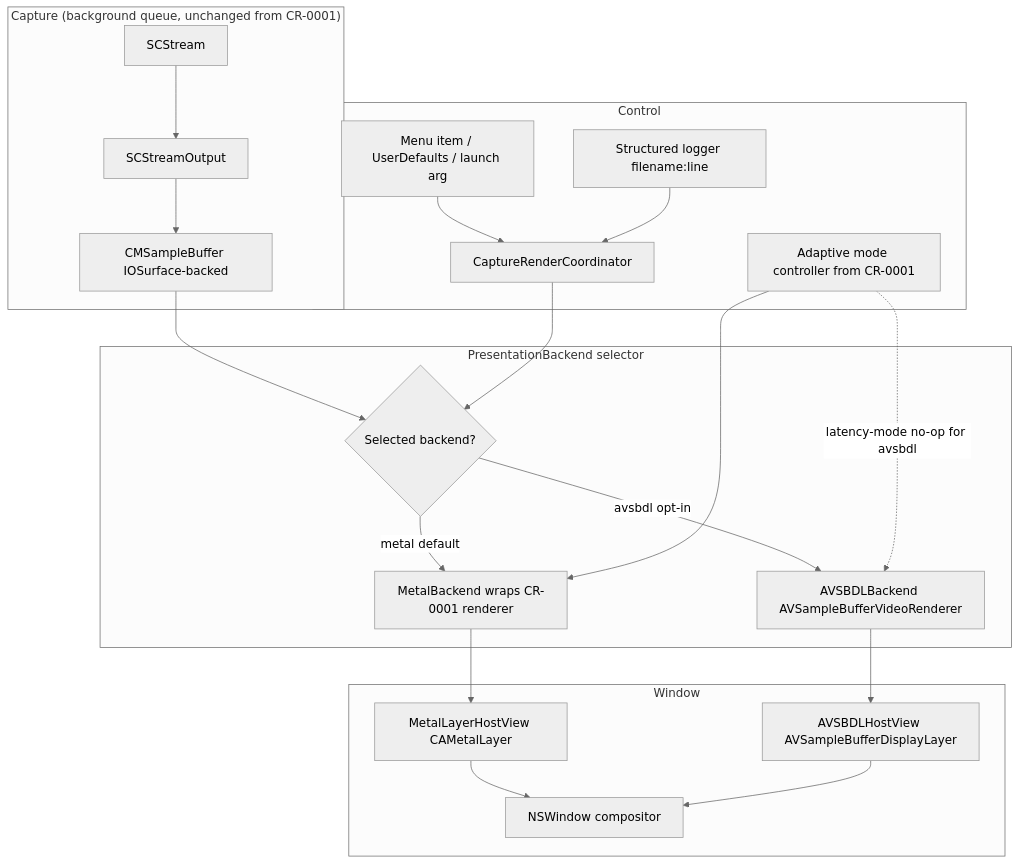
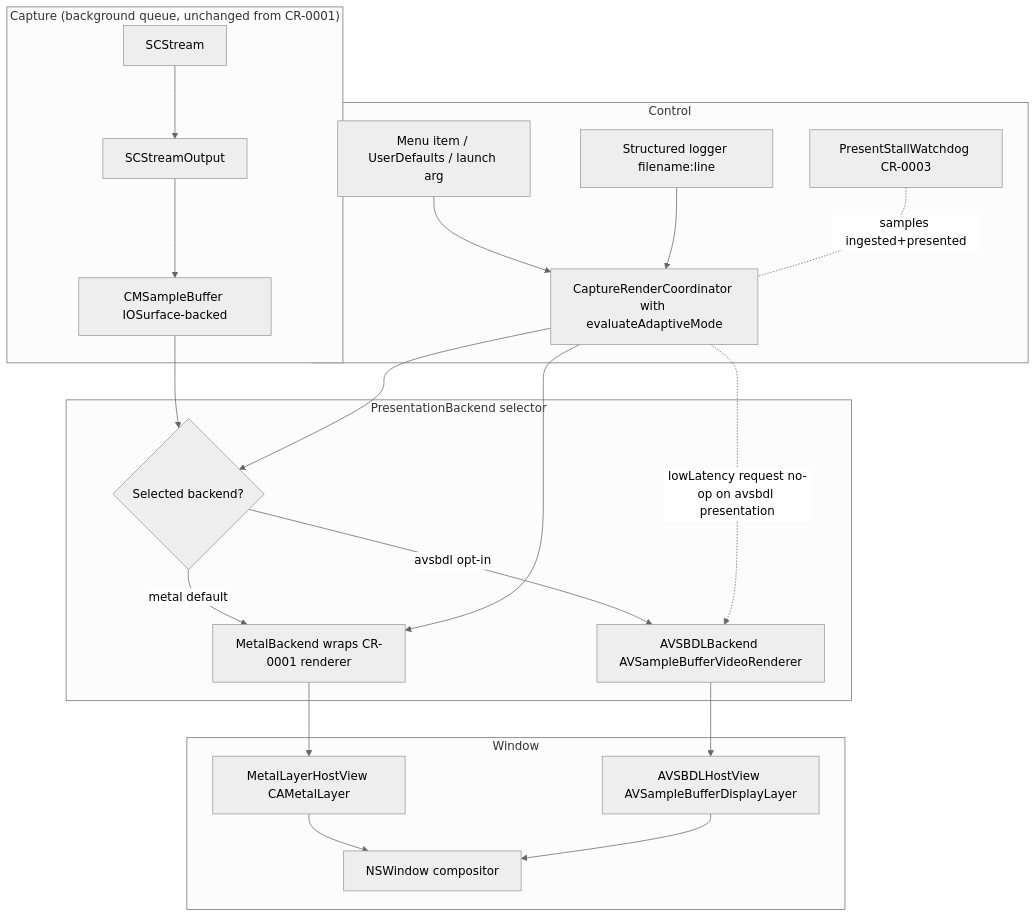
One commit to desek/DeskPad changed the second of 3 diagrams in docs/cr/CR-0002-avsamplebufferdisplaylayer-backend.md. Above: the diagram before and after it, drawn with Mermaid (neutral theme). The commit also changed other lines of this file, not shown here.

````diff
--- a/docs/cr/CR-0002-avsamplebufferdisplaylayer-backend.md
+++ b/docs/cr/CR-0002-avsamplebufferdisplaylayer-backend.md
@@ -353,28 +448,29 @@
 ```mermaid
 flowchart TD
     subgraph Capture["Capture (background queue, unchanged from CR-0001)"]
         SCS[SCStream] --> SCO[SCStreamOutput]
         SCO --> CMSB[CMSampleBuffer IOSurface-backed]
     end
 
     subgraph Backend["PresentationBackend selector"]
         CMSB --> SEL{Selected backend?}
         SEL -->|metal default| MB[MetalBackend wraps CR-0001 renderer]
         SEL -->|avsbdl opt-in| AB[AVSBDLBackend AVSampleBufferVideoRenderer]
     end
 
     subgraph Present["Window"]
         MB --> MH[MetalLayerHostView CAMetalLayer]
         AB --> AH[AVSBDLHostView AVSampleBufferDisplayLayer]
         MH --> WIN[NSWindow compositor]
         AH --> WIN
     end
 
     subgraph Control["Control"]
-        COORD[CaptureRenderCoordinator] --> SEL
+        COORD[CaptureRenderCoordinator with evaluateAdaptiveMode] --> SEL
         TOGGLE[Menu item / UserDefaults / launch arg] --> COORD
-        ADAPT[Adaptive mode controller from CR-0001] -. latency-mode no-op for avsbdl .-> AB
-        ADAPT --> MB
+        COORD -. lowLatency request no-op on avsbdl presentation .-> AB
+        COORD --> MB
         LOG[Structured logger filename:line] --> COORD
+        WD[PresentStallWatchdog CR-0003] -. samples ingested+presented .- COORD
     end
 ```
````
